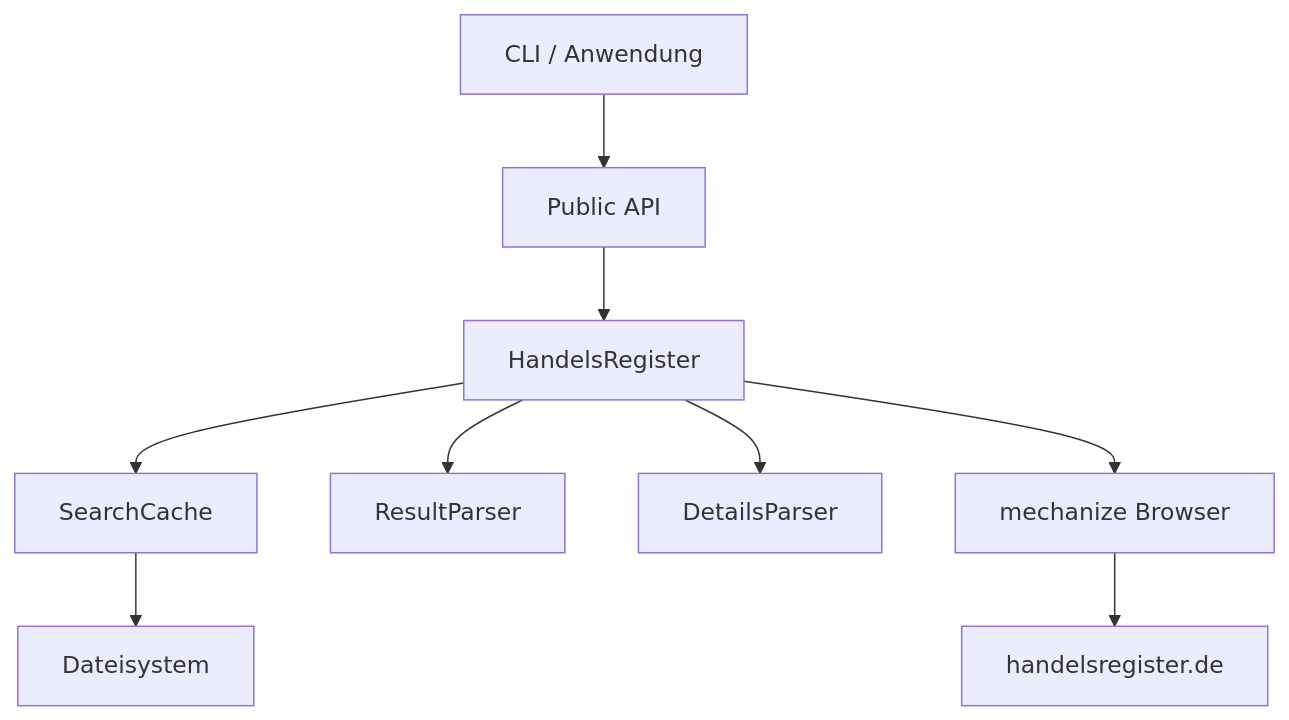
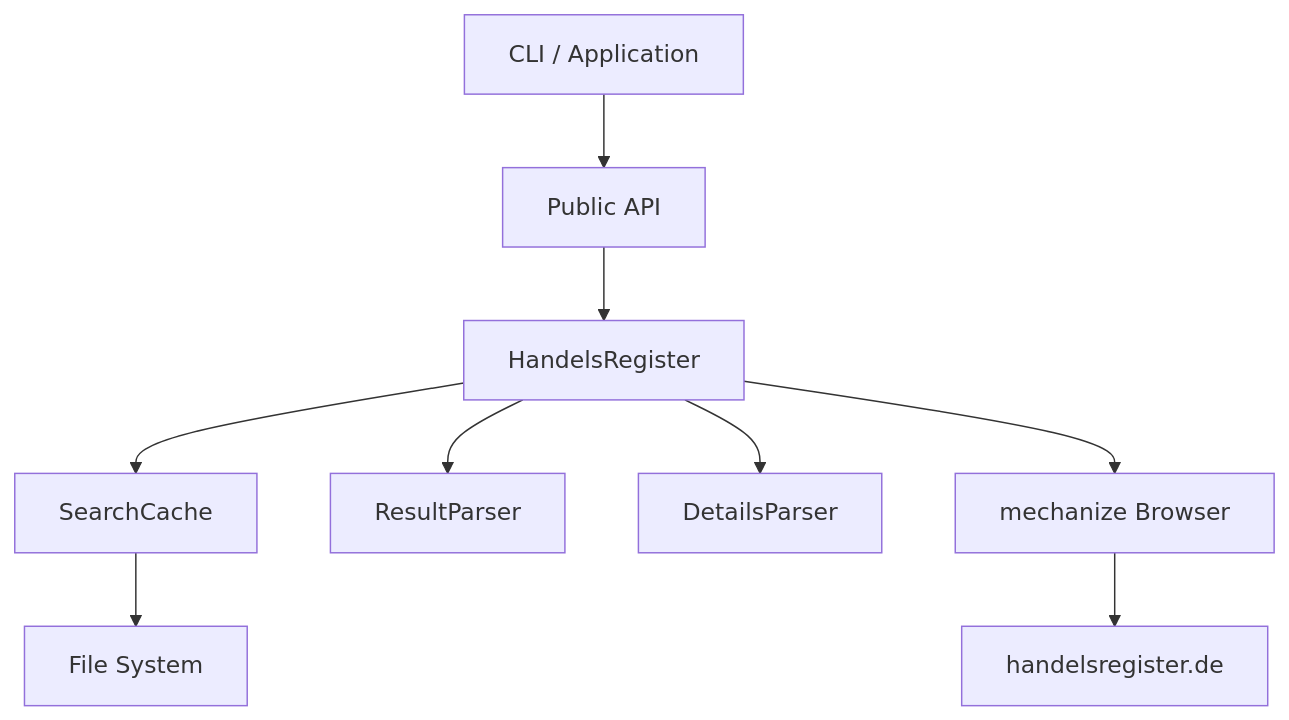
Before and after one commit to bundesAPI/handelsregister: the diagram in docs/index.md, drawn with Mermaid. The commit also changed other lines of this file and 2 other files, not shown here.

````diff
--- a/docs/index.md
+++ b/docs/index.md
@@ -129,11 +129,11 @@
 ```mermaid
 graph TB
-    A[CLI / Anwendung] --> B[Public API]
+    A[CLI / Application] --> B[Public API]
     B --> C[HandelsRegister]
     C --> D[SearchCache]
     C --> E[ResultParser]
     C --> F[DetailsParser]
-    D --> G[Dateisystem]
+    D --> G[File System]
     C --> H[mechanize Browser]
     H --> I[handelsregister.de]
 ```
````
